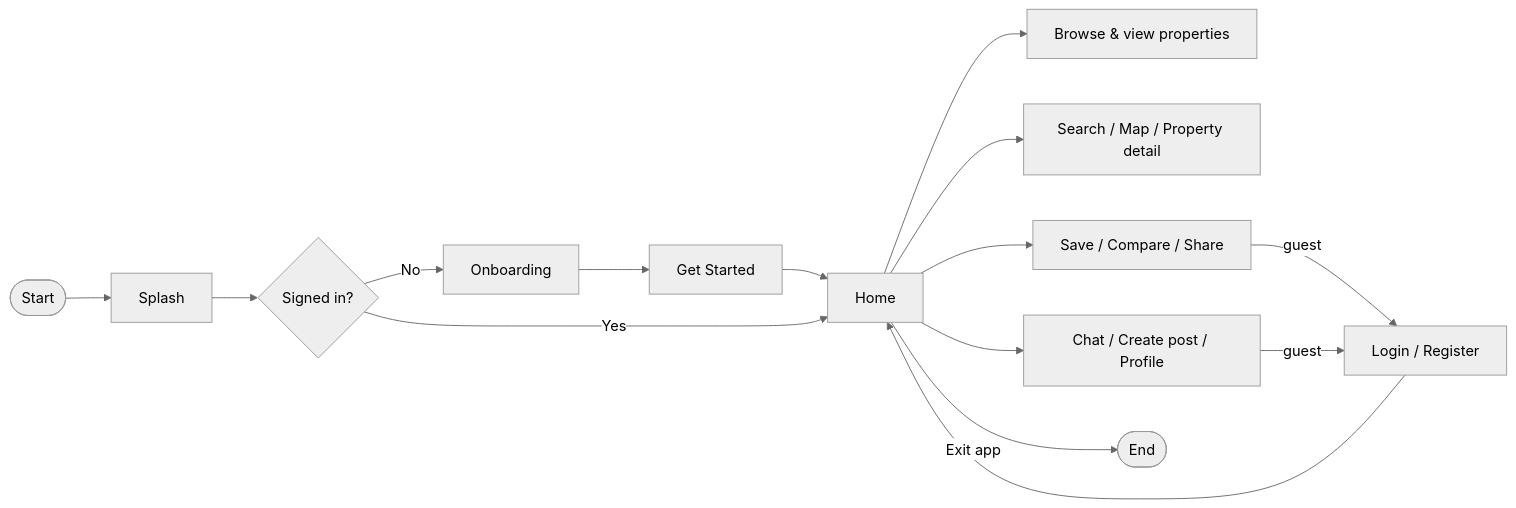
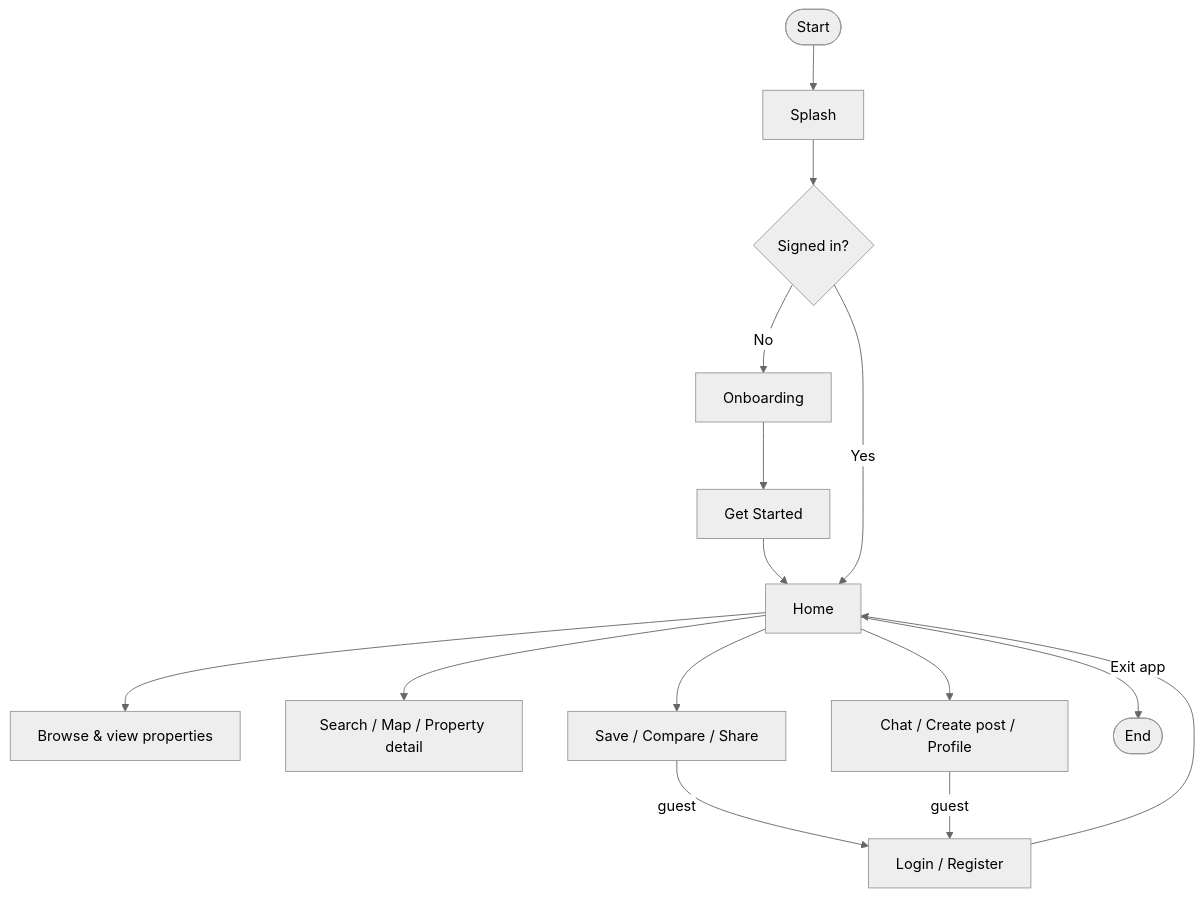
The first of 5 diagrams in docs/diagrams/README.md (thetnaung-dev/Internship), drawn with Mermaid (neutral theme) before and after one commit. The commit also changed 1 other file, not shown here.

Commit message:
docs: make flowchart vertical (TD layout)

````diff
--- a/docs/diagrams/README.md
+++ b/docs/diagrams/README.md
@@ -15,20 +15,20 @@
 ```mermaid
-flowchart LR
+flowchart TD
     A([Start]) --> B[Splash]
     B --> C{Signed in?}
     C -- No --> D[Onboarding]
     D --> E[Get Started]
     E --> F[Home]
     C -- Yes --> F
 
     F --> G[Browse & view properties]
     F --> H[Search / Map / Property detail]
     F --> I[Save / Compare / Share]
     F --> J[Chat / Create post / Profile]
 
     I -- guest --> K[Login / Register]
     J -- guest --> K
     K --> F
 
     F -- Exit app --> Z([End])
 ```
````
